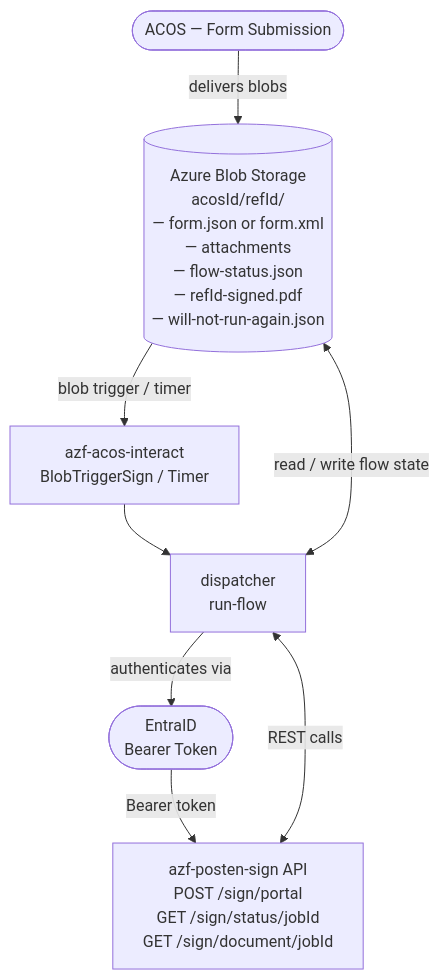
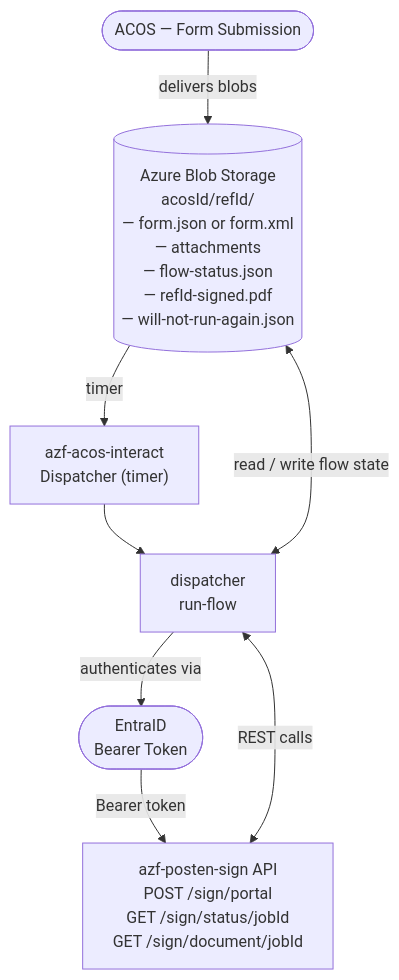
The first of 3 diagrams in SIGN-FLOW.md (telemarkfylke/azf-acos-interact), drawn with Mermaid before and after one commit. The commit also changed other lines of this file and 9 other files, not shown here.

First line of the commit message:
fix: harden sign flow before merge

````diff
--- a/SIGN-FLOW.md
+++ b/SIGN-FLOW.md
@@ -20,29 +20,29 @@
 ```mermaid
 graph TD
     ACOS(["ACOS — Form Submission"])
     BLOB[("Azure Blob Storage
     acosId/refId/
     — form.json or form.xml
     — attachments
     — flow-status.json
     — refId-signed.pdf
     — will-not-run-again.json")]
     FUNC["azf-acos-interact
-    BlobTriggerSign / Timer"]
+    Dispatcher (timer)"]
     DISP["dispatcher
     run-flow"]
     ENTRAID(["EntraID
     Bearer Token"])
     SIGN["azf-posten-sign API
     POST /sign/portal
     GET  /sign/status/jobId
     GET  /sign/document/jobId"]
 
     ACOS -->|"delivers blobs"| BLOB
-    BLOB -->|"blob trigger / timer"| FUNC
+    BLOB -->|"timer"| FUNC
     FUNC --> DISP
     DISP <-->|"read / write flow state"| BLOB
     DISP -->|"authenticates via"| ENTRAID
     ENTRAID -->|"Bearer token"| SIGN
     DISP <-->|"REST calls"| SIGN
 ```
````
